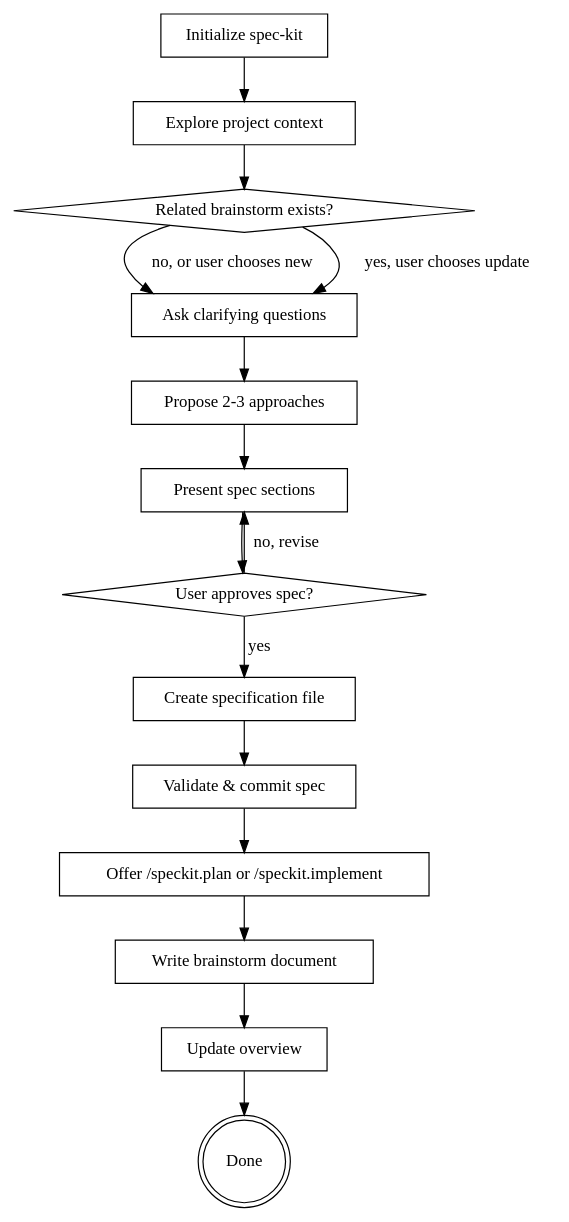
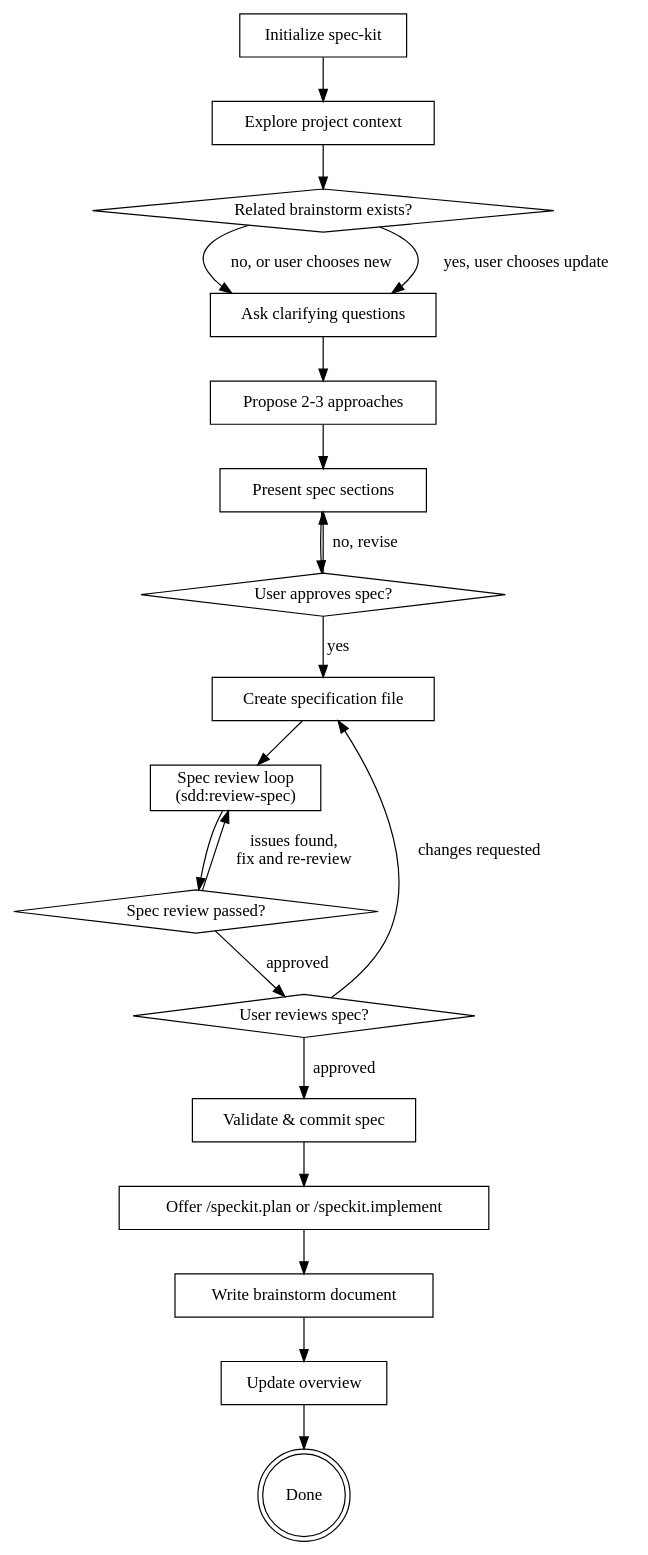
The diagram in sdd/skills/brainstorm/SKILL.md (rhuss/cc-sdd), drawn with Graphviz before and after one commit. The commit also changed other lines of this file and 3 other files, not shown here.

````diff
--- a/sdd/skills/brainstorm/SKILL.md
+++ b/sdd/skills/brainstorm/SKILL.md
@@ -60,32 +60,40 @@
 ```dot
 digraph brainstorming {
     "Initialize spec-kit" [shape=box];
     "Explore project context" [shape=box];
     "Related brainstorm exists?" [shape=diamond];
     "Ask clarifying questions" [shape=box];
     "Propose 2-3 approaches" [shape=box];
     "Present spec sections" [shape=box];
     "User approves spec?" [shape=diamond];
     "Create specification file" [shape=box];
+    "Spec review loop\n(sdd:review-spec)" [shape=box];
+    "Spec review passed?" [shape=diamond];
+    "User reviews spec?" [shape=diamond];
     "Validate & commit spec" [shape=box];
     "Offer /speckit.plan or /speckit.implement" [shape=box];
     "Write brainstorm document" [shape=box];
     "Update overview" [shape=box];
     "Done" [shape=doublecircle];
 
     "Initialize spec-kit" -> "Explore project context";
     "Explore project context" -> "Related brainstorm exists?";
     "Related brainstorm exists?" -> "Ask clarifying questions" [label="no, or user chooses new"];
     "Related brainstorm exists?" -> "Ask clarifying questions" [label="yes, user chooses update"];
     "Ask clarifying questions" -> "Propose 2-3 approaches";
     "Propose 2-3 approaches" -> "Present spec sections";
     "Present spec sections" -> "User approves spec?";
     "User approves spec?" -> "Present spec sections" [label="no, revise"];
     "User approves spec?" -> "Create specification file" [label="yes"];
-    "Create specification file" -> "Validate & commit spec";
+    "Create specification file" -> "Spec review loop\n(sdd:review-spec)";
+    "Spec review loop\n(sdd:review-spec)" -> "Spec review passed?";
+    "Spec review passed?" -> "Spec review loop\n(sdd:review-spec)" [label="issues found,\nfix and re-review"];
+    "Spec review passed?" -> "User reviews spec?" [label="approved"];
+    "User reviews spec?" -> "Create specification file" [label="changes requested"];
+    "User reviews spec?" -> "Validate & commit spec" [label="approved"];
     "Validate & commit spec" -> "Offer /speckit.plan or /speckit.implement";
     "Offer /speckit.plan or /speckit.implement" -> "Write brainstorm document";
     "Write brainstorm document" -> "Update overview";
     "Update overview" -> "Done";
 }
 ```
````
